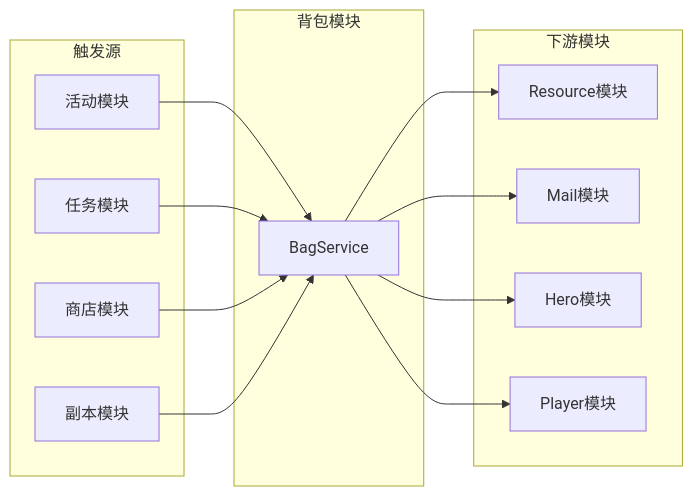
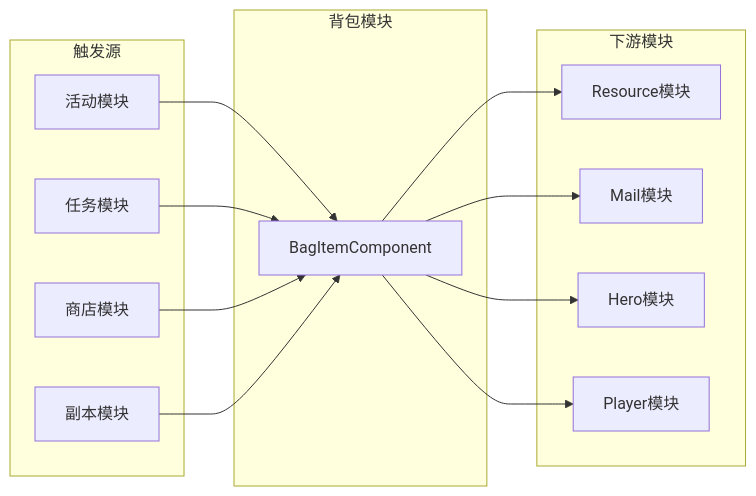
One commit to Alan-Ben/k2c_game_framework changed the sixth of 6 diagrams in docs/Module_Bag/06_实现细节.md. Above: the diagram before and after it, drawn with Mermaid. The commit also changed other lines of this file and 75 other files, not shown here.

````diff
--- a/docs/Module_Bag/06_实现细节.md
+++ b/docs/Module_Bag/06_实现细节.md
@@ -548,30 +680,30 @@
 ```mermaid
 flowchart LR
     subgraph 触发源
         A[活动模块]
         B[任务模块]
         C[商店模块]
         D[副本模块]
     end
 
     subgraph 背包模块
-        E[BagService]
+        E[BagItemComponent]
     end
 
     subgraph 下游模块
         F[Resource模块]
         G[Mail模块]
         H[Hero模块]
         I[Player模块]
     end
 
     A --> E
     B --> E
     C --> E
     D --> E
 
     E --> F
     E --> G
     E --> H
     E --> I
 ```
````
